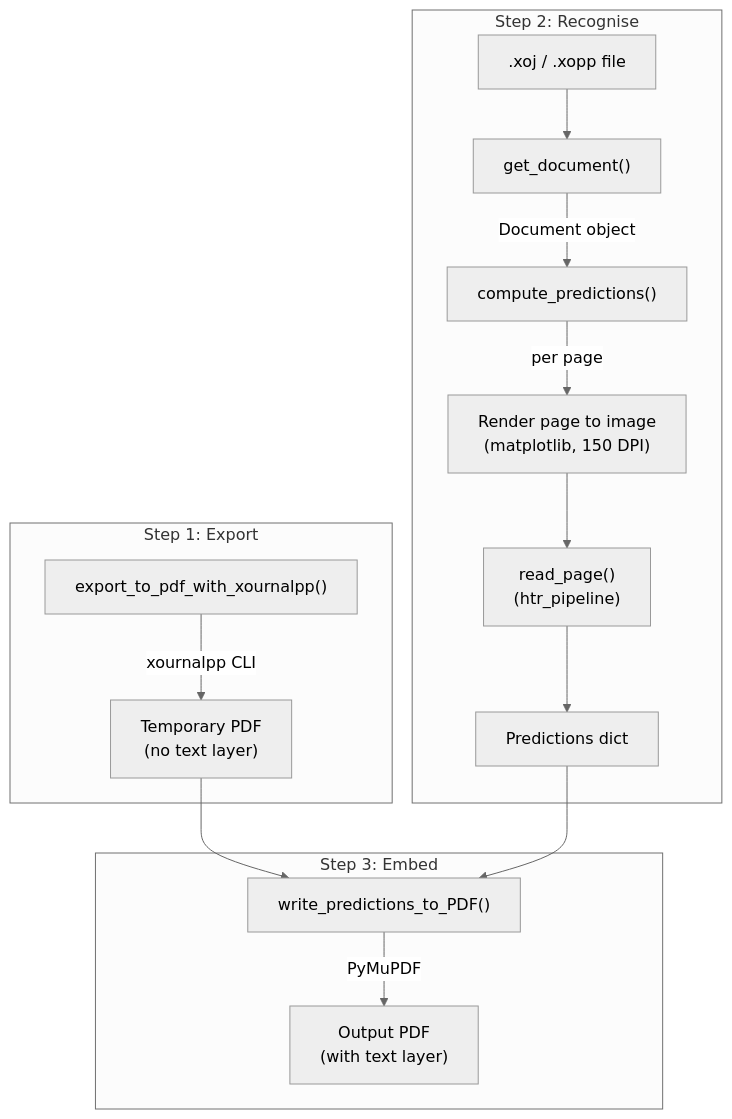
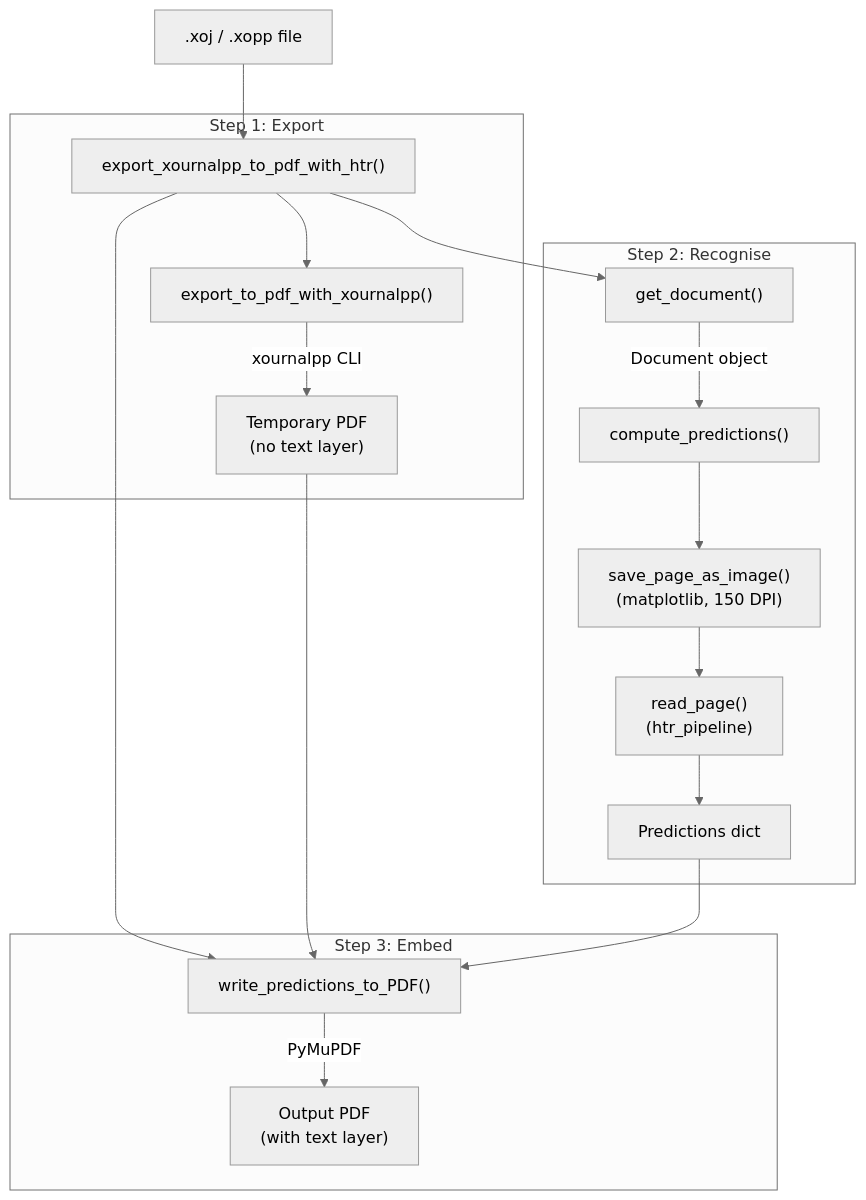
Before and after one commit to PellelNitram/xournalpp_htr: the second of 2 diagrams in docs/architecture.md, drawn with Mermaid (neutral theme).

Commit message:
Refine diagram in architecture doc.

````diff
--- a/docs/architecture.md
+++ b/docs/architecture.md
@@ -44,19 +44,24 @@
 ```mermaid
 graph TD
+    INPUT[".xoj / .xopp file"] --> PIPELINE["export_xournalpp_to_pdf_with_htr()"]
+
     subgraph "Step 1: Export"
-        S1["export_to_pdf_with_xournalpp()"]
+        PIPELINE --> S1["export_to_pdf_with_xournalpp()"]
         S1 -->|"xournalpp CLI"| TMP["Temporary PDF<br/>(no text layer)"]
     end
+
     subgraph "Step 2: Recognise"
-        INPUT[".xoj / .xopp file"] --> DOC["get_document()"]
-        DOC --> |"Document object"| CP["compute_predictions()"]
-        CP -->|"per page"| RENDER["Render page to image<br/>(matplotlib, 150 DPI)"]
+        PIPELINE --> DOC["get_document()"]
+        DOC -->|"Document object"| CP["compute_predictions()"]
+        CP --> RENDER["save_page_as_image()<br/>(matplotlib, 150 DPI)"]
         RENDER --> HTR["read_page()<br/>(htr_pipeline)"]
         HTR --> PRED["Predictions dict"]
     end
+
     subgraph "Step 3: Embed"
-        TMP --> WRITE["write_predictions_to_PDF()"]
+        PIPELINE --> WRITE["write_predictions_to_PDF()"]
+        TMP --> WRITE
         PRED --> WRITE
         WRITE -->|"PyMuPDF"| OUT["Output PDF<br/>(with text layer)"]
     end
 ```
````
